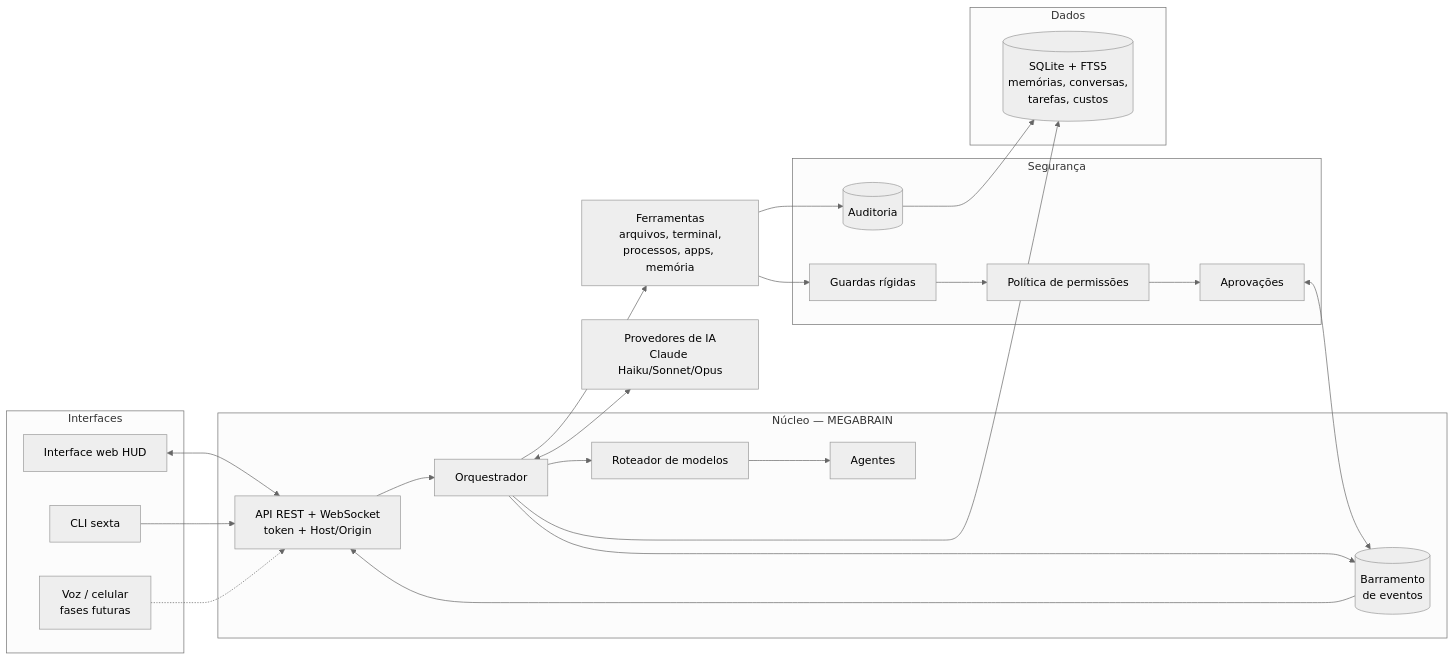
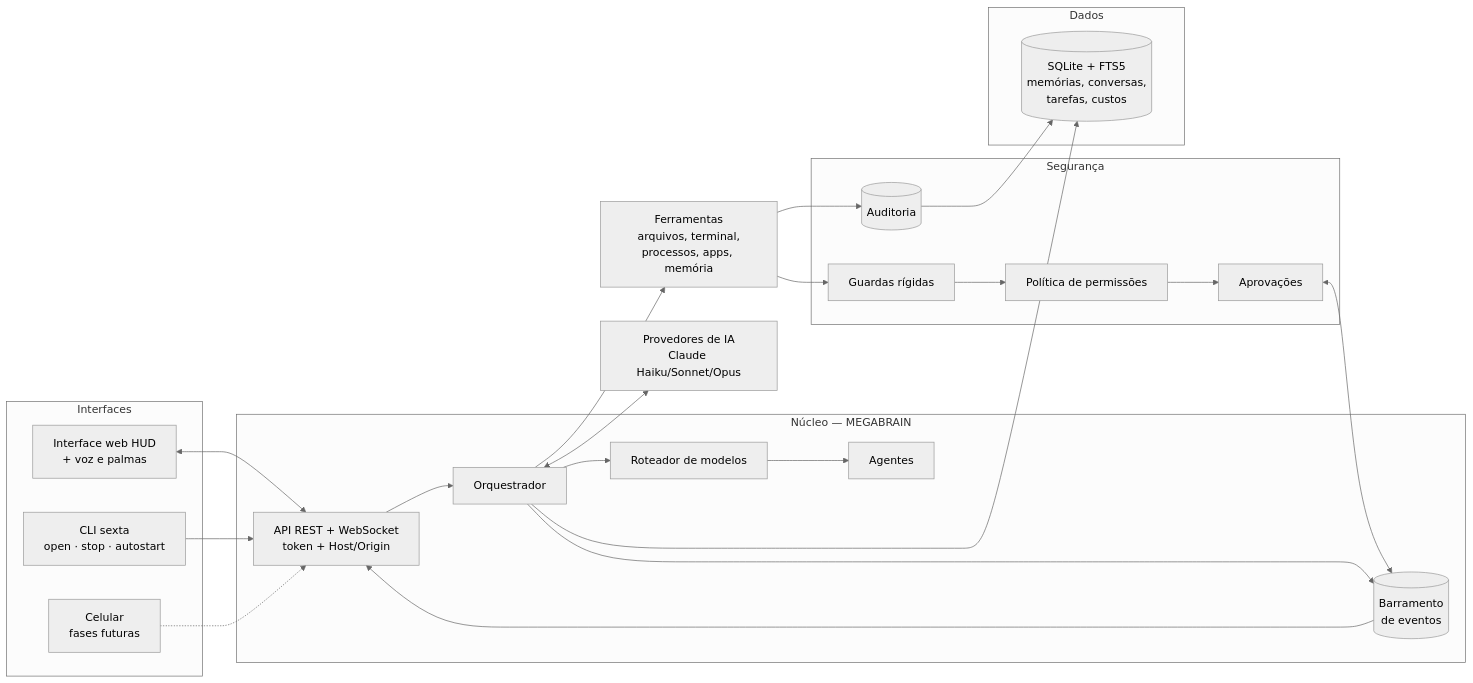
The first of 2 diagrams in docs/ARQUITETURA.md (Feliphe-Galdino/i.a), drawn with Mermaid (neutral theme) before and after one commit. The commit also changed other lines of this file and 35 other files, not shown here.

First line of the commit message:
Fase 2: voz, palmas e início automático com o Windows 11

````diff
--- a/docs/ARQUITETURA.md
+++ b/docs/ARQUITETURA.md
@@ -9,43 +9,43 @@
 ```mermaid
 flowchart LR
     subgraph Interfaces
-        UI[Interface web HUD]
-        CLI[CLI sexta]
-        FUT[Voz / celular<br/>fases futuras]
+        UI[Interface web HUD<br/>+ voz e palmas]
+        CLI[CLI sexta<br/>open · stop · autostart]
+        FUT[Celular<br/>fases futuras]
     end
 
     subgraph Núcleo["Núcleo — MEGABRAIN"]
         API[API REST + WebSocket<br/>token + Host/Origin]
         ORQ[Orquestrador]
         ROT[Roteador de modelos]
         AG[Agentes]
         BUS[(Barramento<br/>de eventos)]
     end
 
     subgraph Seguranca["Segurança"]
         POL[Política de permissões]
         GUA[Guardas rígidas]
         APR[Aprovações]
         AUD[(Auditoria)]
     end
 
     subgraph Dados
         DB[(SQLite + FTS5<br/>memórias, conversas,<br/>tarefas, custos)]
     end
 
     LLM[Provedores de IA<br/>Claude Haiku/Sonnet/Opus]
     TOOLS[Ferramentas<br/>arquivos, terminal,<br/>processos, apps, memória]
 
     UI <--> API
     CLI --> API
     FUT -.-> API
     API --> ORQ
     ORQ --> ROT --> AG
     ORQ <--> LLM
     ORQ --> TOOLS
     TOOLS --> GUA --> POL --> APR
     APR <--> BUS
     ORQ --> BUS --> API
     ORQ --> DB
     TOOLS --> AUD --> DB
 ```
````
